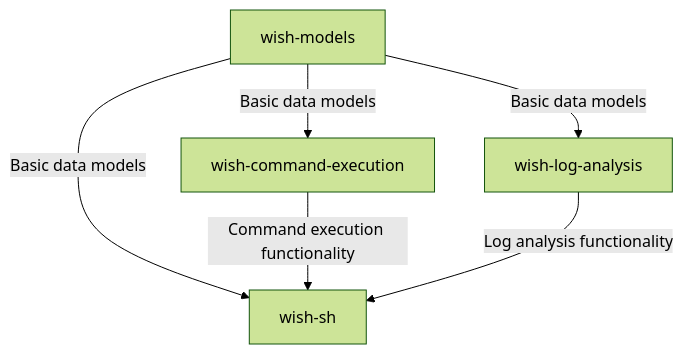
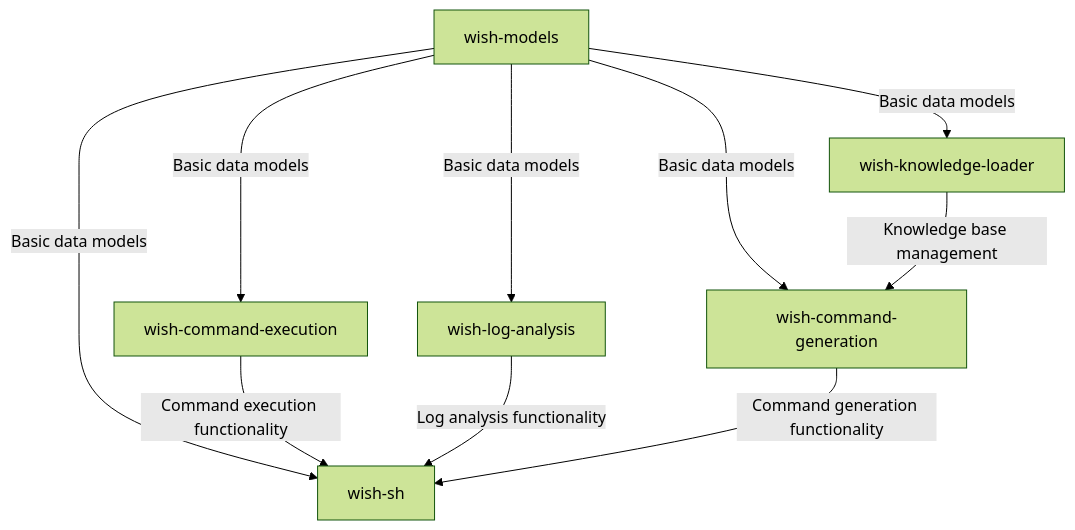
The first of 2 diagrams in docs/design.md (SecDev-Lab/wish), drawn with Mermaid (forest theme) before and after one commit. The commit also changed other lines of this file, not shown here.

Commit message:
docs: update design documentation to include new packages and clarify system architecture

````diff
--- a/docs/design.md
+++ b/docs/design.md
@@ -7,8 +7,12 @@
 ```mermaid
 graph TD
     A[wish-models] --> |Basic data models| B[wish-command-execution]
     A --> |Basic data models| C[wish-sh]
     A --> |Basic data models| D[wish-log-analysis]
+    A --> |Basic data models| E[wish-command-generation]
+    A --> |Basic data models| F[wish-knowledge-loader]
     B --> |Command execution functionality| C
     D --> |Log analysis functionality| C
+    E --> |Command generation functionality| C
+    F --> |Knowledge base management| E
 ```
````
